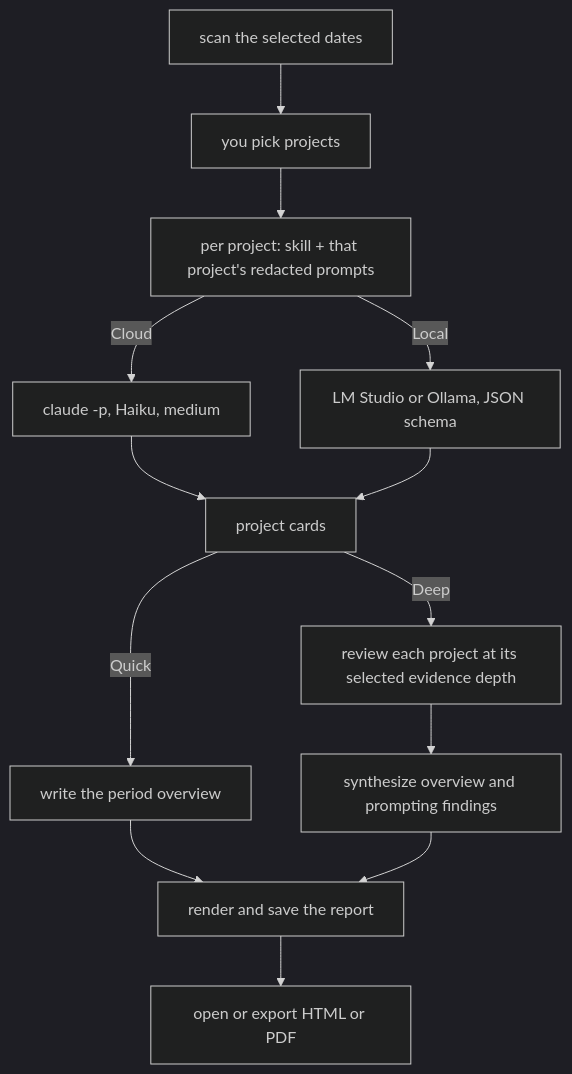
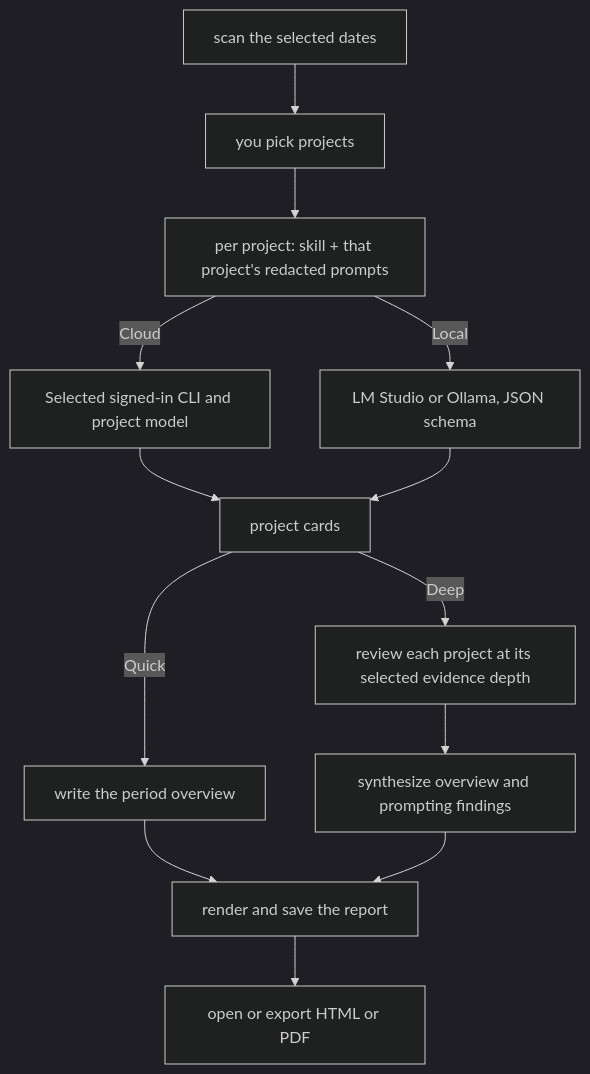
Before and after one commit to haitham72/claude-report: the third of 3 diagrams in docs/how-it-works.md, drawn with Mermaid (dark theme). The commit also changed other lines of this file and 24 other files, not shown here.

First line of the commit message:
Cloud reports: choose a signed-in subscription hook and see its estimated usage

````diff
--- a/docs/how-it-works.md
+++ b/docs/how-it-works.md
@@ -59,15 +59,15 @@
 ```mermaid
 flowchart TD
   A[scan the selected dates] --> B[you pick projects]
   B --> C["per project: skill + that project's redacted prompts"]
-  C -->|Cloud| D["claude -p, Haiku, medium"]
+  C -->|Cloud| D["Selected signed-in CLI and project model"]
   C -->|Local| E["LM Studio or Ollama, JSON schema"]
   D --> F[project cards]
   E --> F
   F -->|Quick| G[write the period overview]
   F -->|Deep| J["review each project at its selected evidence depth"]
   J --> K["synthesize overview and prompting findings"]
   G --> H[render and save the report]
   K --> H
   H --> I[open or export HTML or PDF]
 ```
````
